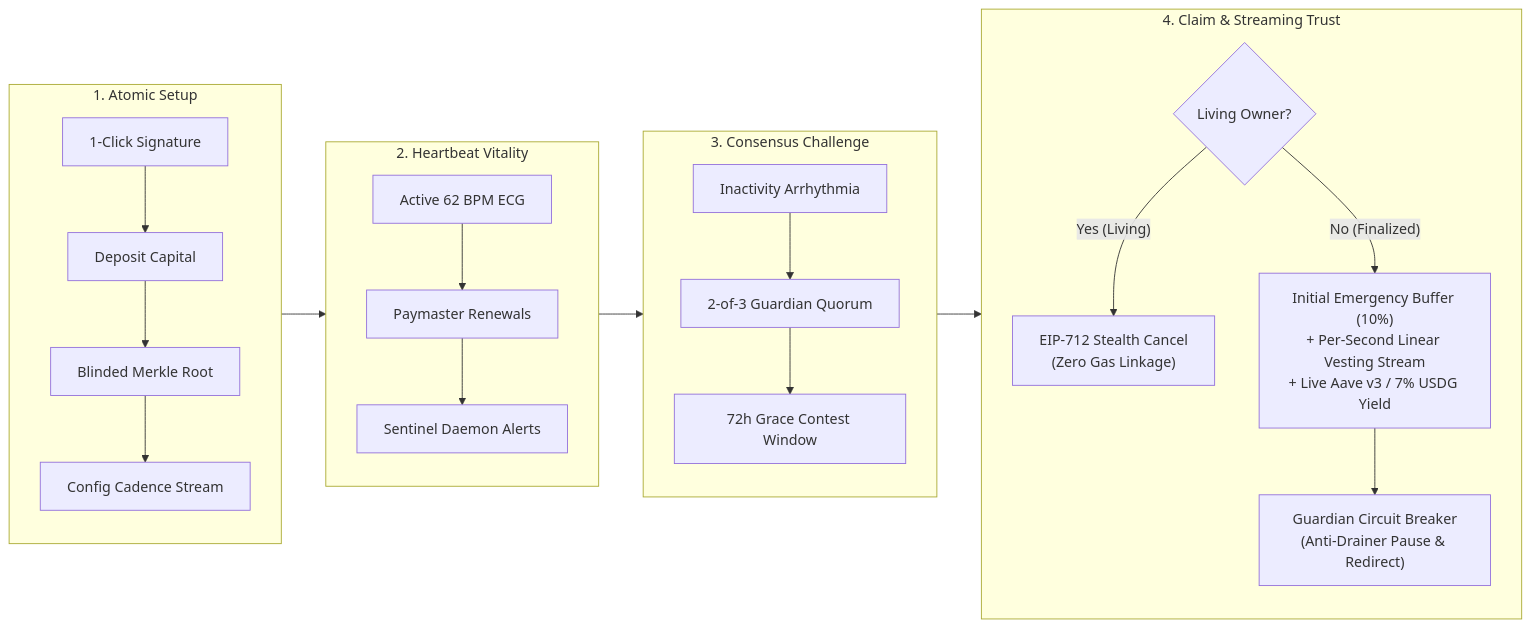
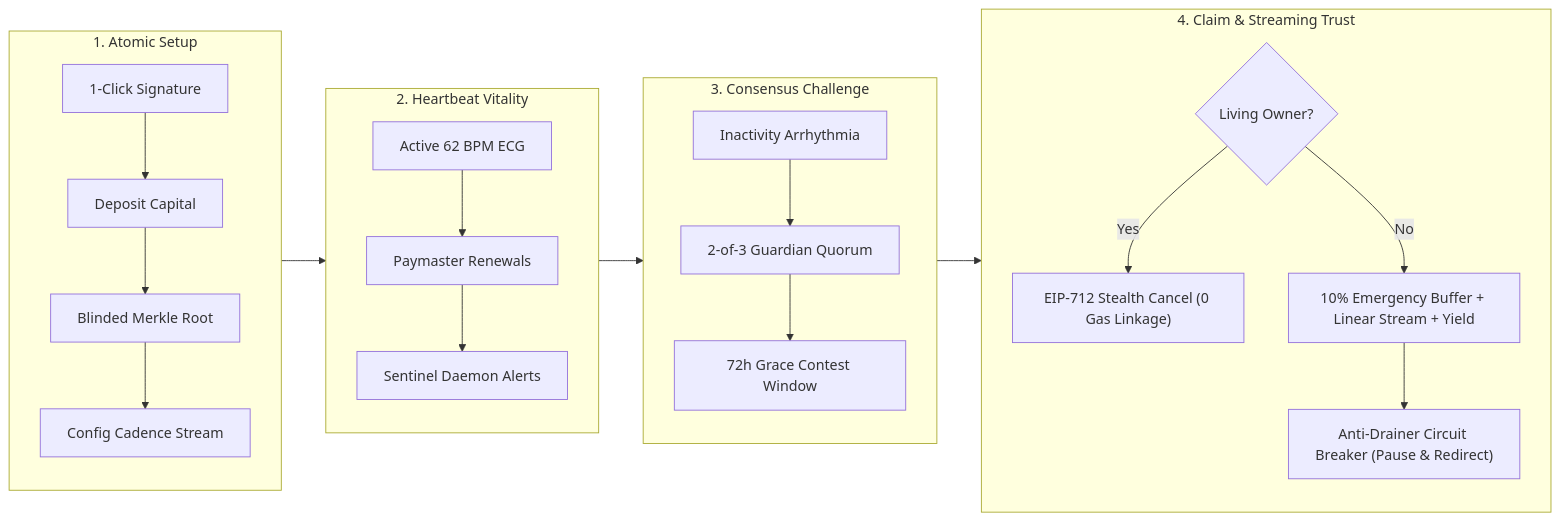
The diagram in docs/PROJECT-SUBMISSION.md (Bobo2005/cadence), drawn with Mermaid before and after one commit. The commit also changed other lines of this file and 1 other file, not shown here.

````diff
--- a/docs/PROJECT-SUBMISSION.md
+++ b/docs/PROJECT-SUBMISSION.md
@@ -78,27 +55,23 @@
 ```mermaid
 flowchart LR
     subgraph S1["1. Atomic Setup"]
         A["1-Click Signature"] --> B["Deposit Capital"]
         B --> C["Blinded Merkle Root"]
         C --> D["Config Cadence Stream"]
     end
-
     subgraph S2["2. Heartbeat Vitality"]
         E["Active 62 BPM ECG"] --> F["Paymaster Renewals"]
         F --> G["Sentinel Daemon Alerts"]
     end
-
     subgraph S3["3. Consensus Challenge"]
         H["Inactivity Arrhythmia"] --> I["2-of-3 Guardian Quorum"]
         I --> J["72h Grace Contest Window"]
     end
-
     subgraph S4["4. Claim & Streaming Trust"]
         K{"Living Owner?"}
-        K -- "Yes (Living)" --> L["EIP-712 Stealth Cancel<br/>(Zero Gas Linkage)"]
-        K -- "No (Finalized)" --> M["Initial Emergency Buffer (10%)<br/>+ Per-Second Linear Vesting Stream<br/>+ Live Aave v3 / 7% USDG Yield"]
-        M --> N["Guardian Circuit Breaker<br/>(Anti-Drainer Pause & Redirect)"]
+        K -- "Yes" --> L["EIP-712 Stealth Cancel (0 Gas Linkage)"]
+        K -- "No" --> M["10% Emergency Buffer + Linear Stream + Yield"]
+        M --> N["Anti-Drainer Circuit Breaker (Pause & Redirect)"]
     end
-
     S1 --> S2 --> S3 --> S4
 ```
````
